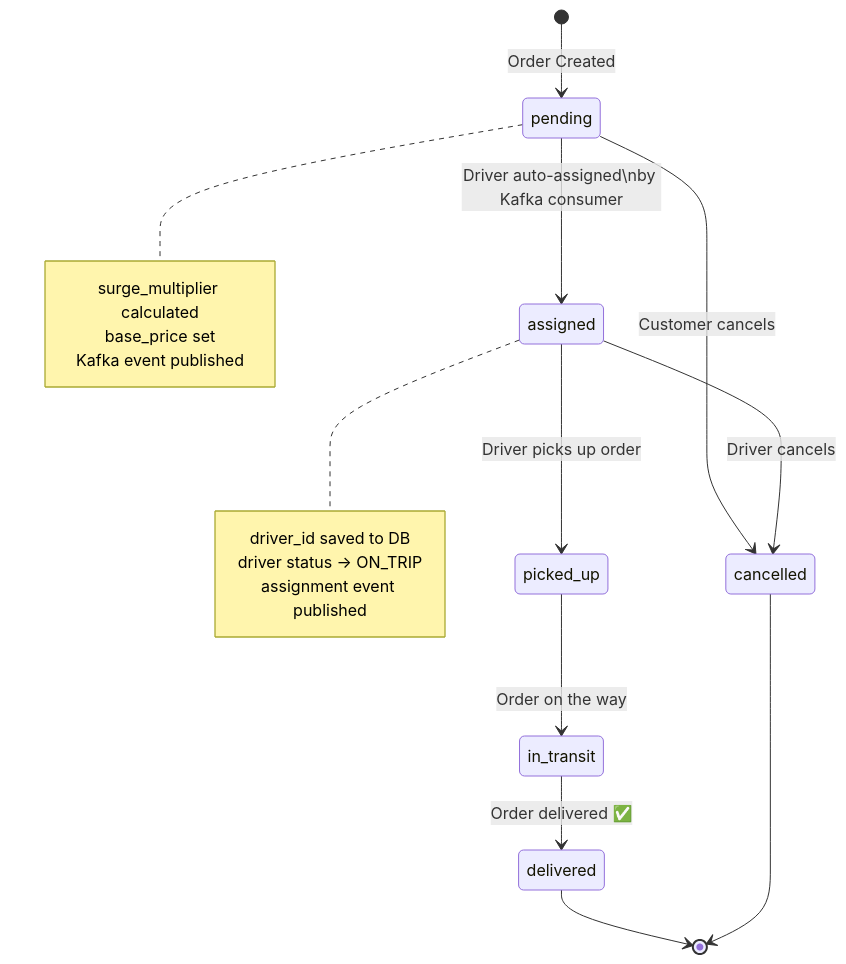
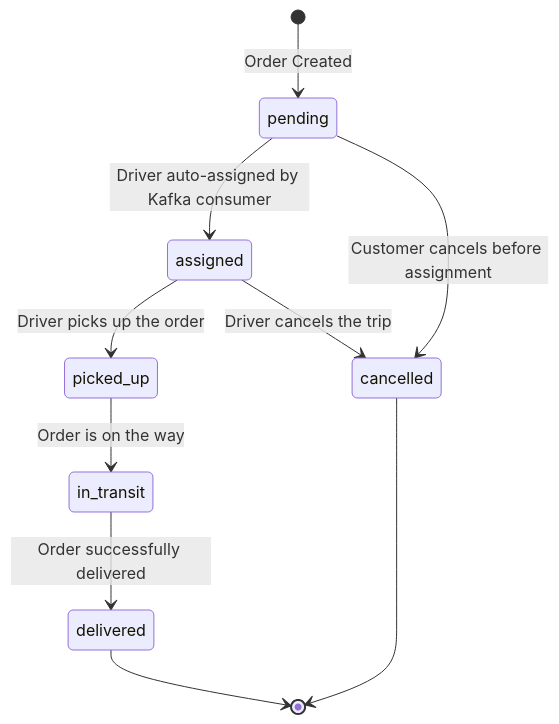
The fifth of 10 diagrams in README.md (RAJ-ARYAN-NITK/martensite), drawn with Mermaid before and after one commit. The commit also changed other lines of this file, not shown here.

````diff
--- a/README.md
+++ b/README.md
@@ -251,29 +241,17 @@
 ```mermaid
 stateDiagram-v2
     [*] --> pending : Order Created
 
-    pending --> assigned : Driver auto-assigned\nby Kafka consumer
-    pending --> cancelled : Customer cancels
+    pending --> assigned : Driver auto-assigned by Kafka consumer
+    pending --> cancelled : Customer cancels before assignment
 
-    assigned --> picked_up : Driver picks up order
-    assigned --> cancelled : Driver cancels
+    assigned --> picked_up : Driver picks up the order
+    assigned --> cancelled : Driver cancels the trip
 
-    picked_up --> in_transit : Order on the way
+    picked_up --> in_transit : Order is on the way
 
-    in_transit --> delivered : Order delivered ✅
+    in_transit --> delivered : Order successfully delivered
 
     delivered --> [*]
     cancelled --> [*]
-
-    note right of pending
-        surge_multiplier calculated
-        base_price set
-        Kafka event published
-    end note
-
-    note right of assigned
-        driver_id saved to DB
-        driver status → ON_TRIP
-        assignment event published
-    end note
 ```
````
